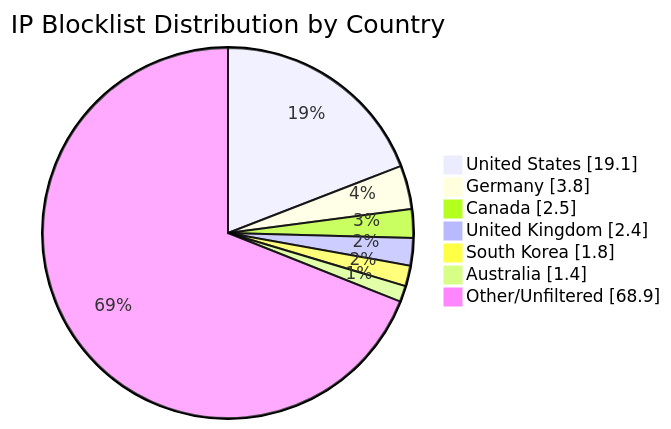
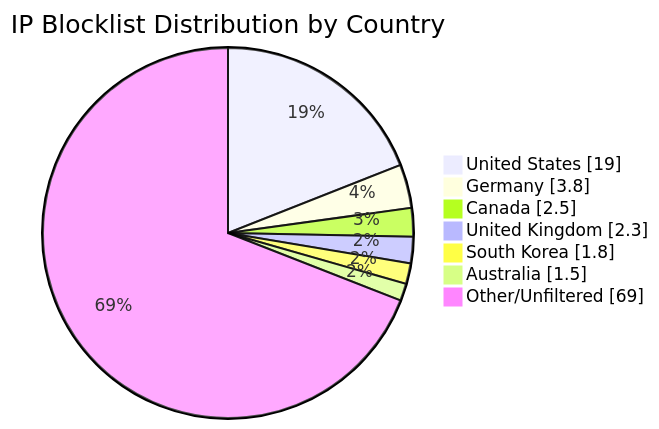
The diagram in README.md (MarcusHoltz/ipblocklist-geofiltered-aggregator), drawn with Mermaid before and after one commit. The commit also changed other lines of this file and 9 other files, not shown here.

````diff
--- a/README.md
+++ b/README.md
@@ -34,10 +34,10 @@
 ```mermaid
 pie showData title IP Blocklist Distribution by Country
-"United States" : 19.1
+"United States" : 19.0
 "Germany" : 3.8
 "Canada" : 2.5
-"United Kingdom" : 2.4
+"United Kingdom" : 2.3
 "South Korea" : 1.8
-"Australia" : 1.4
-"Other/Unfiltered" : 68.9
+"Australia" : 1.5
+"Other/Unfiltered" : 69.0
 ```
````
